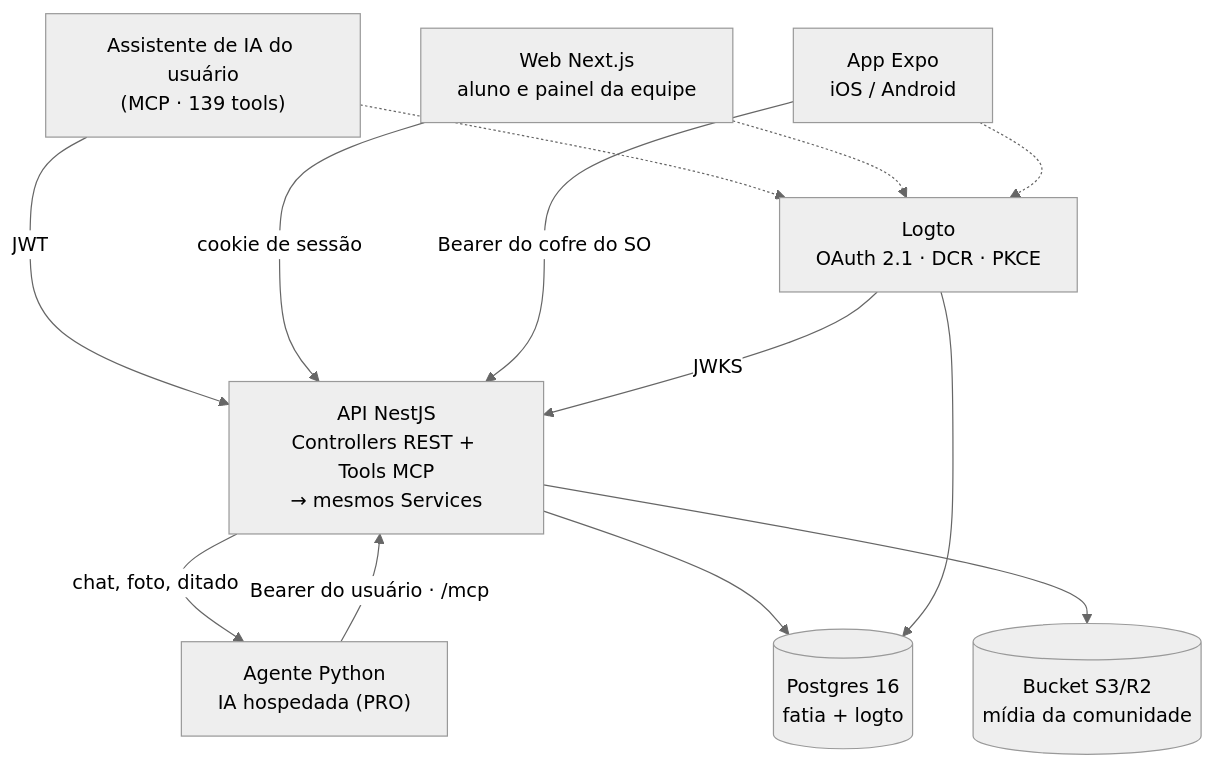
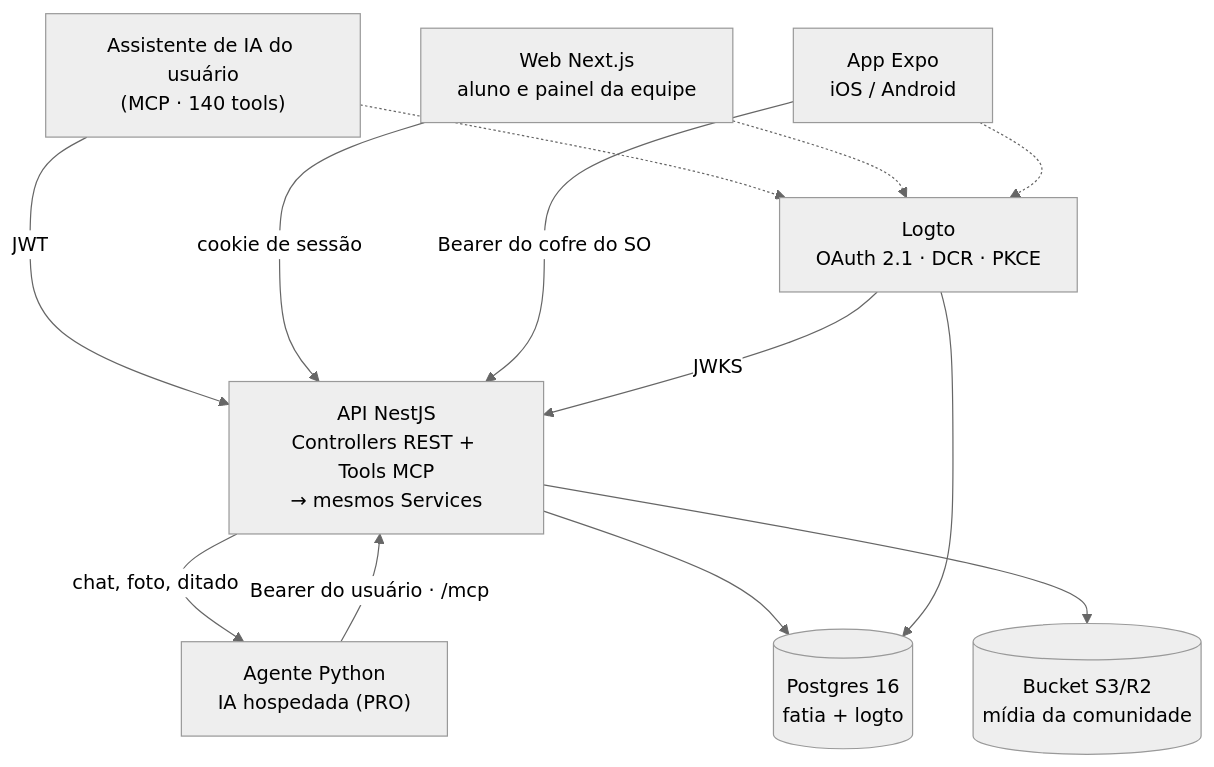
One commit to ThiagoCarreiraVallim/fatia changed the diagram in README.md. Above: the diagram before and after it, drawn with Mermaid (neutral theme). The commit also changed other lines of this file and 12 other files, not shown here.

First line of the commit message:
feat(mcp): delete_meal_photo e a origem do item nas tools de refeição

````diff
--- a/README.md
+++ b/README.md
@@ -33,24 +33,24 @@
 ```mermaid
 flowchart TD
-    claude["Assistente de IA do usuário<br/>(MCP · 139 tools)"]
+    claude["Assistente de IA do usuário<br/>(MCP · 140 tools)"]
     pwa["Web Next.js<br/>aluno e painel da equipe"]
     mobile["App Expo<br/>iOS / Android"]
     agent["Agente Python<br/>IA hospedada (PRO)"]
     logto["Logto<br/>OAuth 2.1 · DCR · PKCE"]
     api["API NestJS<br/>Controllers REST + Tools MCP<br/>→ mesmos Services"]
     pg[("Postgres 16<br/>fatia + logto")]
     s3[("Bucket S3/R2<br/>mídia da comunidade")]
 
     claude -- "JWT" --> api
     pwa -- "cookie de sessão" --> api
     mobile -- "Bearer do cofre do SO" --> api
     api -- "chat, foto, ditado" --> agent
     agent -- "Bearer do usuário · /mcp" --> api
     claude -.-> logto
     pwa -.-> logto
     mobile -.-> logto
     logto -- "JWKS" --> api
     api --> pg
     api --> s3
     logto --> pg
 ```
````
